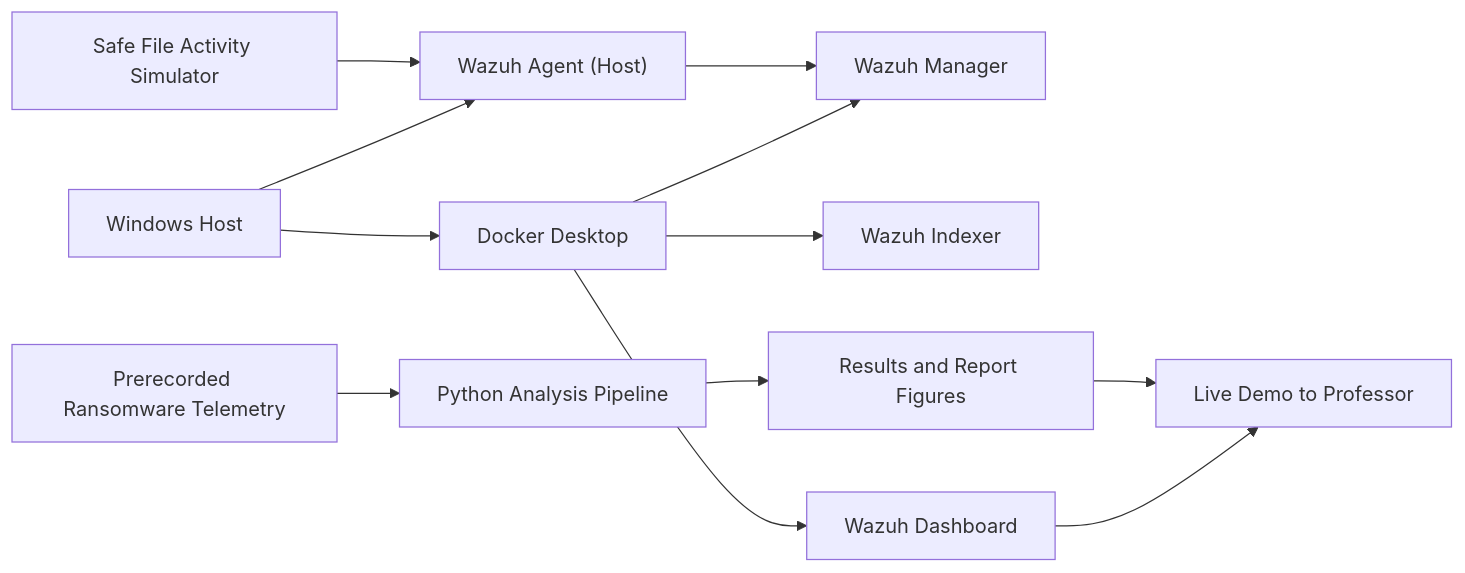
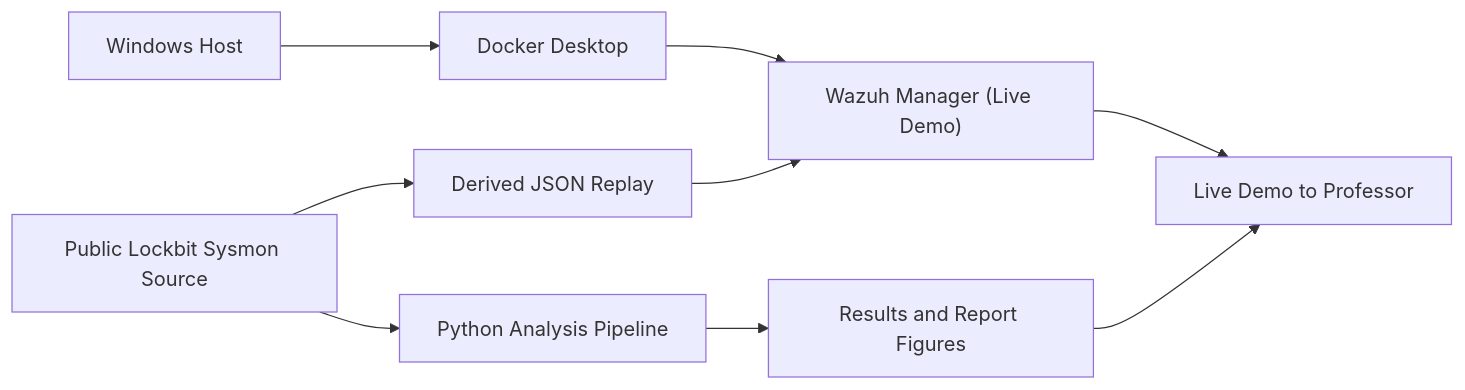
Before and after one commit to HiuOrion/ATMT: the diagram in report/architecture.md, drawn with Mermaid. The commit also changed other lines of this file and 33 other files, not shown here.

Commit message:
Switch demo to public Lockbit replay workflow

````diff
--- a/report/architecture.md
+++ b/report/architecture.md
@@ -3,14 +3,11 @@
 ```mermaid
 flowchart LR
     Host["Windows Host"] --> Docker["Docker Desktop"]
-    Docker --> Manager["Wazuh Manager"]
-    Docker --> Indexer["Wazuh Indexer"]
-    Docker --> Dashboard["Wazuh Dashboard"]
-    Host --> Agent["Wazuh Agent (Host)"]
-    Agent --> Manager
-    Replay["Prerecorded Ransomware Telemetry"] --> Analysis["Python Analysis Pipeline"]
+    Docker --> Manager["Wazuh Manager (Live Demo)"]
+    Replay["Public Lockbit Sysmon Source"] --> Analysis["Python Analysis Pipeline"]
     Analysis --> Results["Results and Report Figures"]
-    Simulator["Safe File Activity Simulator"] --> Agent
-    Dashboard --> Professor["Live Demo to Professor"]
+    Replay --> Derived["Derived JSON Replay"]
+    Derived --> Manager
+    Manager --> Professor["Live Demo to Professor"]
     Results --> Professor
 ```
````
